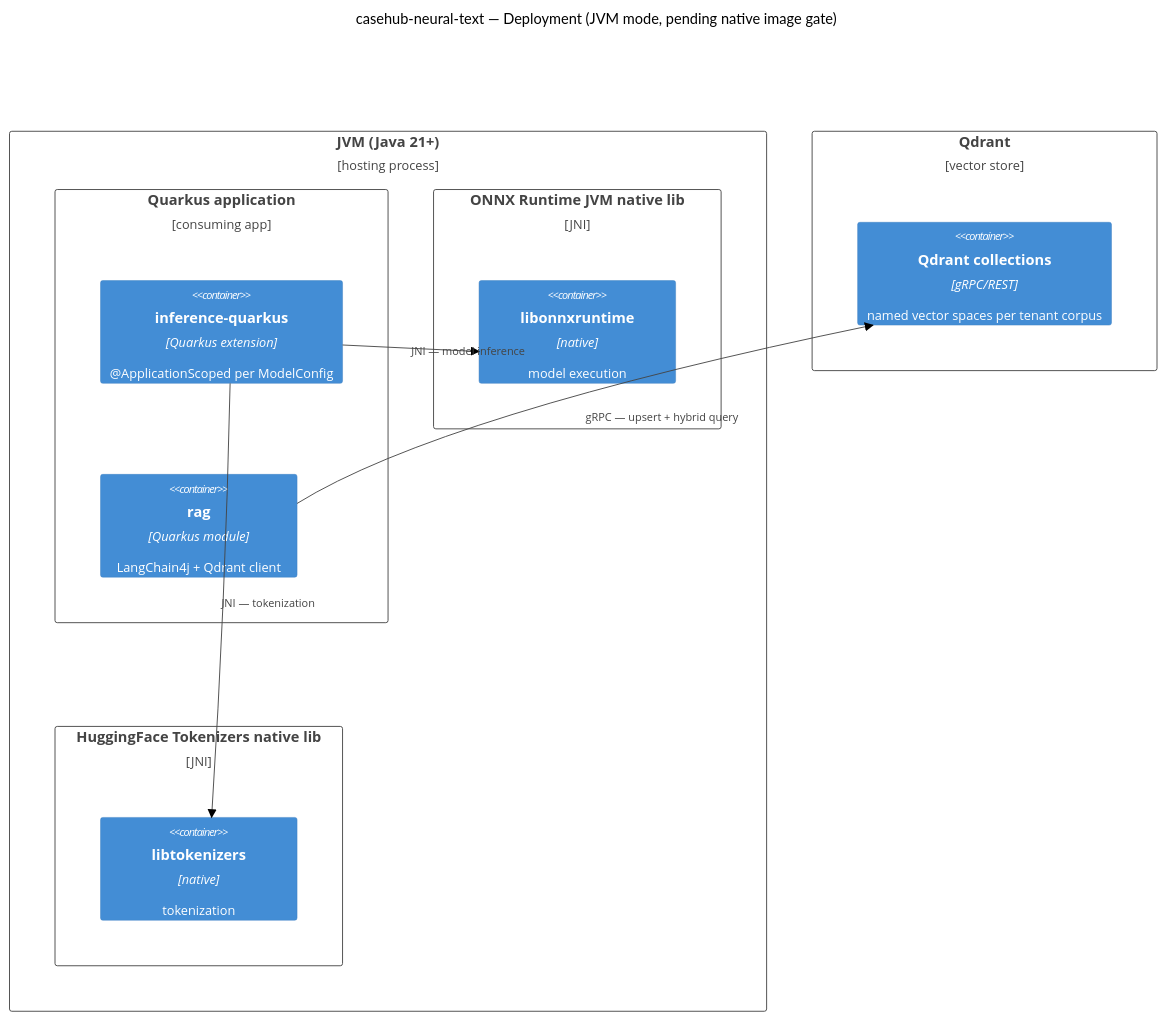
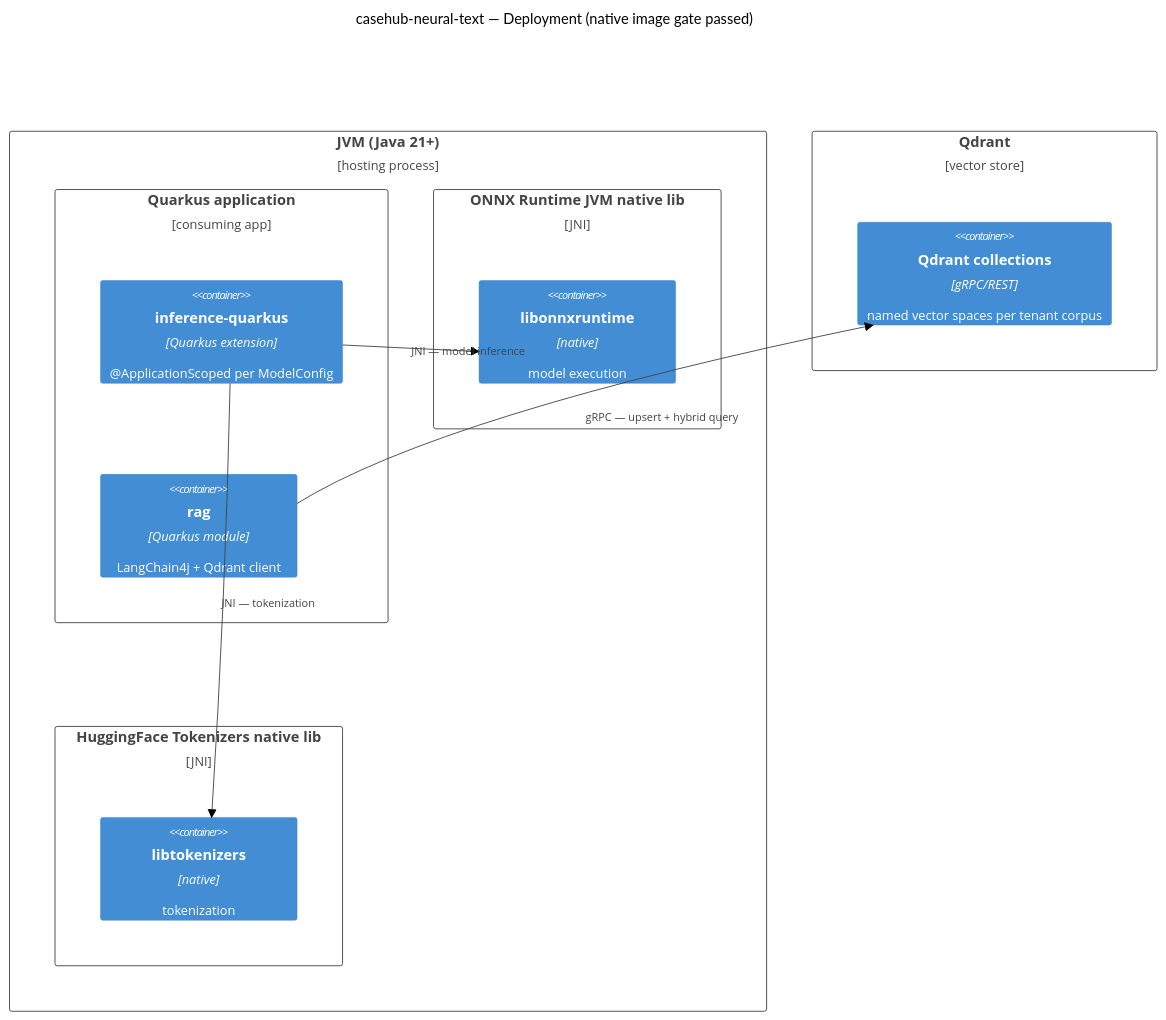
One commit to casehubio/neocortex changed the fifth of 6 diagrams in ARC42STORIES.MD. Above: the diagram before and after it, drawn with Mermaid (neutral theme). The commit also changed other lines of this file, not shown here.

Commit message:
docs: sync ARC42STORIES.MD — stale scan at session wrap

````diff
--- a/ARC42STORIES.MD
+++ b/ARC42STORIES.MD
@@ -249,25 +249,25 @@
 ```mermaid
 C4Deployment
-  title casehub-neural-text — Deployment (JVM mode, pending native image gate)
+  title casehub-neural-text — Deployment (native image gate passed)
 
   Deployment_Node(jvm, "JVM (Java 21+)", "hosting process") {
     Deployment_Node(quarkus, "Quarkus application", "consuming app") {
       Container(inference_quarkus, "inference-quarkus", "Quarkus extension", "@ApplicationScoped per ModelConfig")
       Container(rag, "rag", "Quarkus module", "LangChain4j + Qdrant client")
     }
     Deployment_Node(onnx_rt, "ONNX Runtime JVM native lib", "JNI") {
       Container(ort, "libonnxruntime", "native", "model execution")
     }
     Deployment_Node(hf_rt, "HuggingFace Tokenizers native lib", "JNI") {
       Container(hft, "libtokenizers", "native", "tokenization")
     }
   }
 
   Deployment_Node(qdrant_server, "Qdrant", "vector store") {
     Container(qdrant_db, "Qdrant collections", "gRPC/REST", "named vector spaces per tenant corpus")
   }
 
   Rel(inference_quarkus, ort, "JNI — model inference")
   Rel(inference_quarkus, hft, "JNI — tokenization")
   Rel(rag, qdrant_db, "gRPC — upsert + hybrid query")
 ```
````
